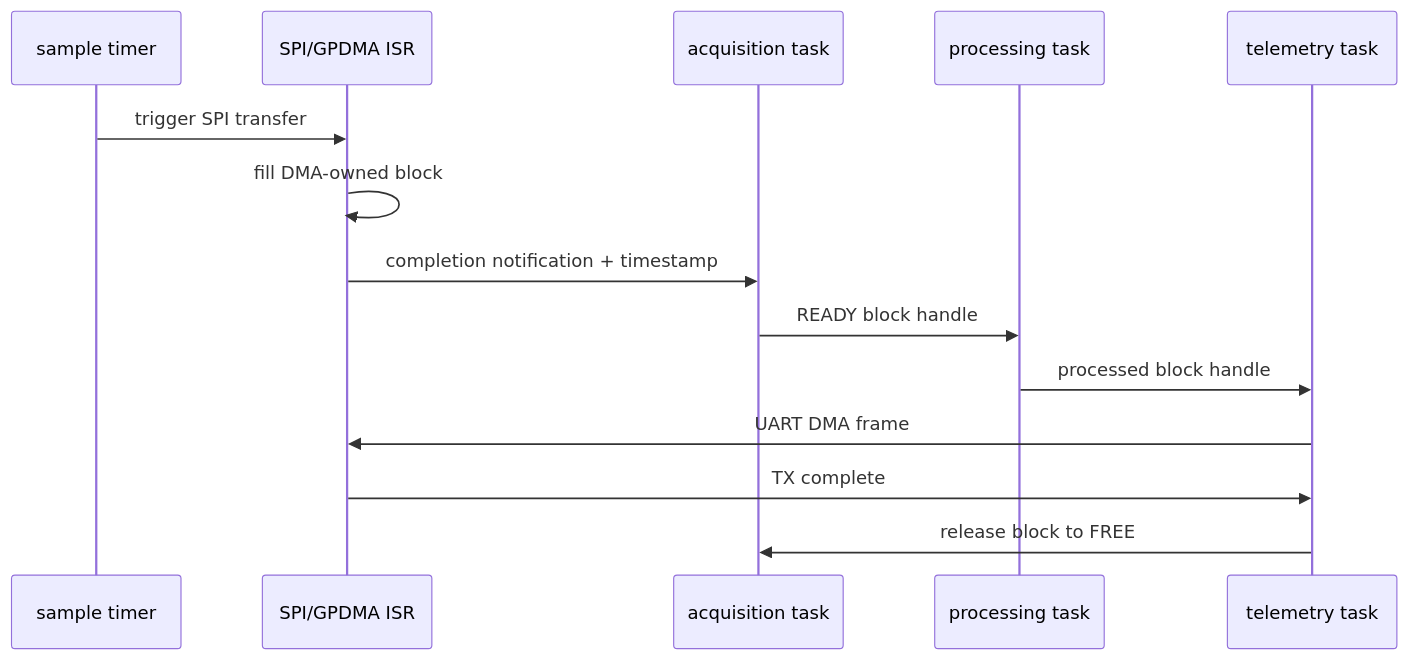
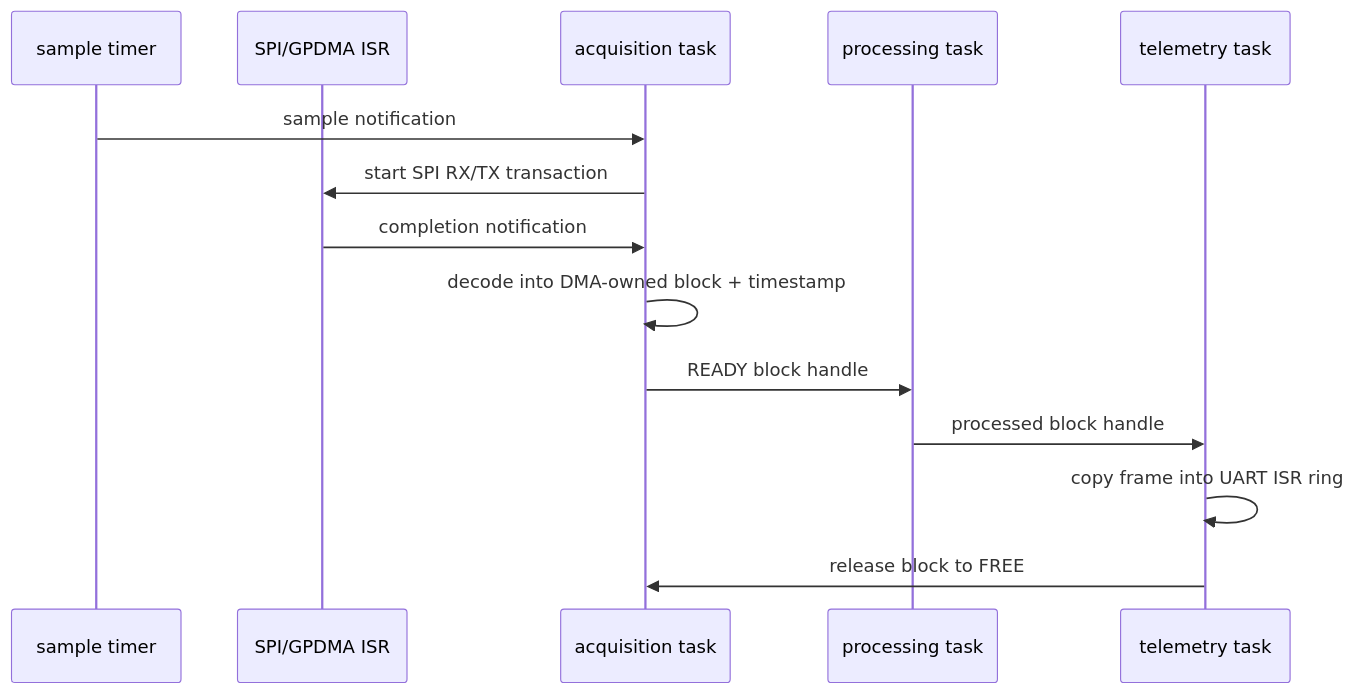
The first of 2 diagrams in docs/architecture.md (lee-cheng-han/real-time-embedded-acquisition-platform), drawn with Mermaid before and after one commit. The commit also changed other lines of this file and 43 other files, not shown here.

````diff
--- a/docs/architecture.md
+++ b/docs/architecture.md
@@ -47,16 +48,16 @@
 ```mermaid
 sequenceDiagram
     participant TIM as sample timer
     participant DMA as SPI/GPDMA ISR
     participant ACQ as acquisition task
     participant PROC as processing task
     participant TX as telemetry task
-    TIM->>DMA: trigger SPI transfer
-    DMA->>DMA: fill DMA-owned block
-    DMA->>ACQ: completion notification + timestamp
+    TIM->>ACQ: sample notification
+    ACQ->>DMA: start SPI RX/TX transaction
+    DMA->>ACQ: completion notification
+    ACQ->>ACQ: decode into DMA-owned block + timestamp
     ACQ->>PROC: READY block handle
     PROC->>TX: processed block handle
-    TX->>DMA: UART DMA frame
-    DMA->>TX: TX complete
+    TX->>TX: copy frame into UART ISR ring
     TX->>ACQ: release block to FREE
 ```
````
